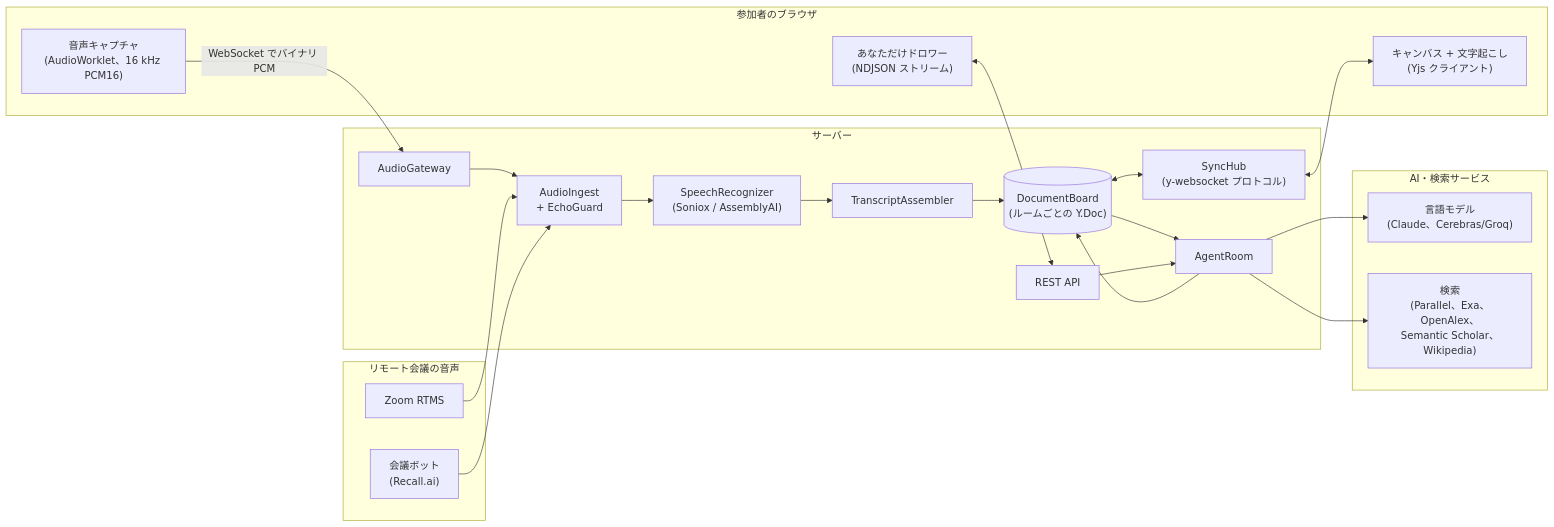
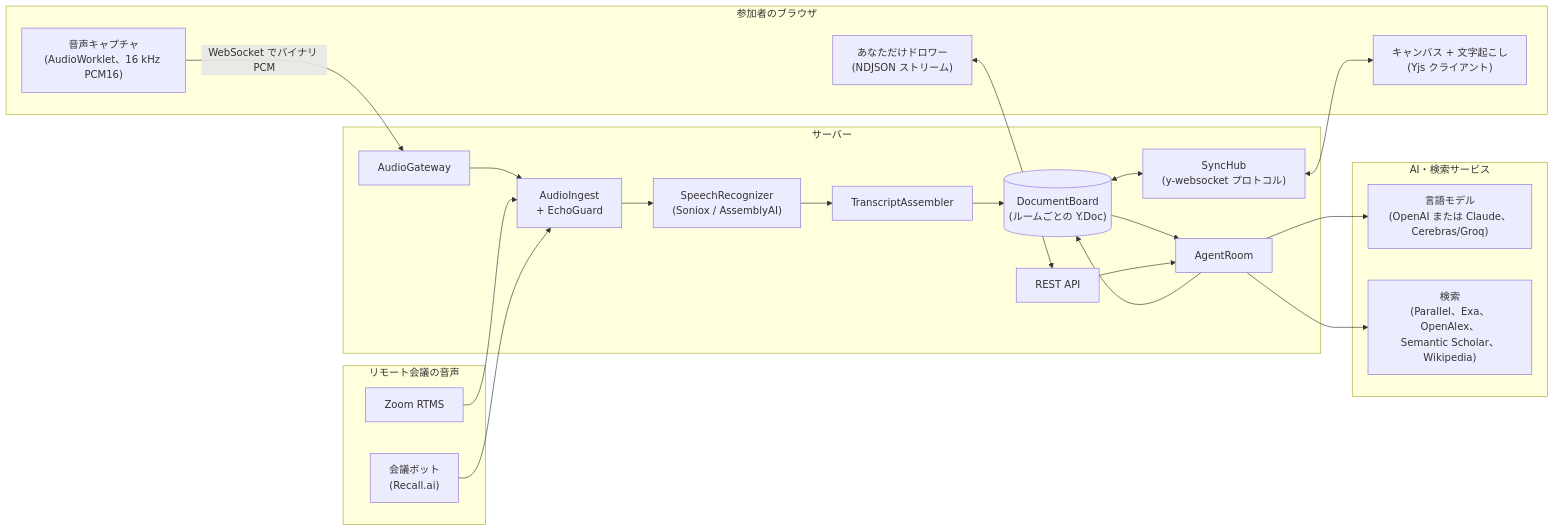
Before and after one commit to konbraphat51/EkklesiazousAI: the first of 6 diagrams in Docs/Architecture.ja.md, drawn with Mermaid. The commit also changed other lines of this file and 6 other files, not shown here.

````diff
--- a/Docs/Architecture.ja.md
+++ b/Docs/Architecture.ja.md
@@ -15,35 +15,35 @@
 ```mermaid
 flowchart LR
   subgraph Browsers["参加者のブラウザ"]
     Canvas["キャンバス + 文字起こし<br/>(Yjs クライアント)"]
     Capture["音声キャプチャ<br/>(AudioWorklet、16 kHz PCM16)"]
     Private["あなただけドロワー<br/>(NDJSON ストリーム)"]
   end
   subgraph Remote["リモート会議の音声"]
     Zoom["Zoom RTMS"]
     Bot["会議ボット<br/>(Recall.ai)"]
   end
   subgraph Server["サーバー"]
     Sync["SyncHub<br/>(y-websocket プロトコル)"]
     AudioGw["AudioGateway"]
     Ingest["AudioIngest<br/>+ EchoGuard"]
     Asr["SpeechRecognizer<br/>(Soniox / AssemblyAI)"]
     Assembler["TranscriptAssembler"]
     Board[("DocumentBoard<br/>(ルームごとの Y.Doc)")]
     Agent["AgentRoom"]
     Api["REST API"]
   end
   subgraph Cloud["AI・検索サービス"]
-    Llm["言語モデル<br/>(Claude、Cerebras/Groq)"]
+    Llm["言語モデル<br/>(OpenAI または Claude、Cerebras/Groq)"]
     Search["検索<br/>(Parallel、Exa、OpenAlex、<br/>Semantic Scholar、Wikipedia)"]
   end
   Capture -- "WebSocket でバイナリ PCM" --> AudioGw --> Ingest
   Zoom --> Ingest
   Bot --> Ingest
   Ingest --> Asr --> Assembler --> Board
   Board <--> Sync <--> Canvas
   Board --> Agent --> Board
   Agent --> Llm
   Agent --> Search
   Private <--> Api --> Agent
 ```
````
